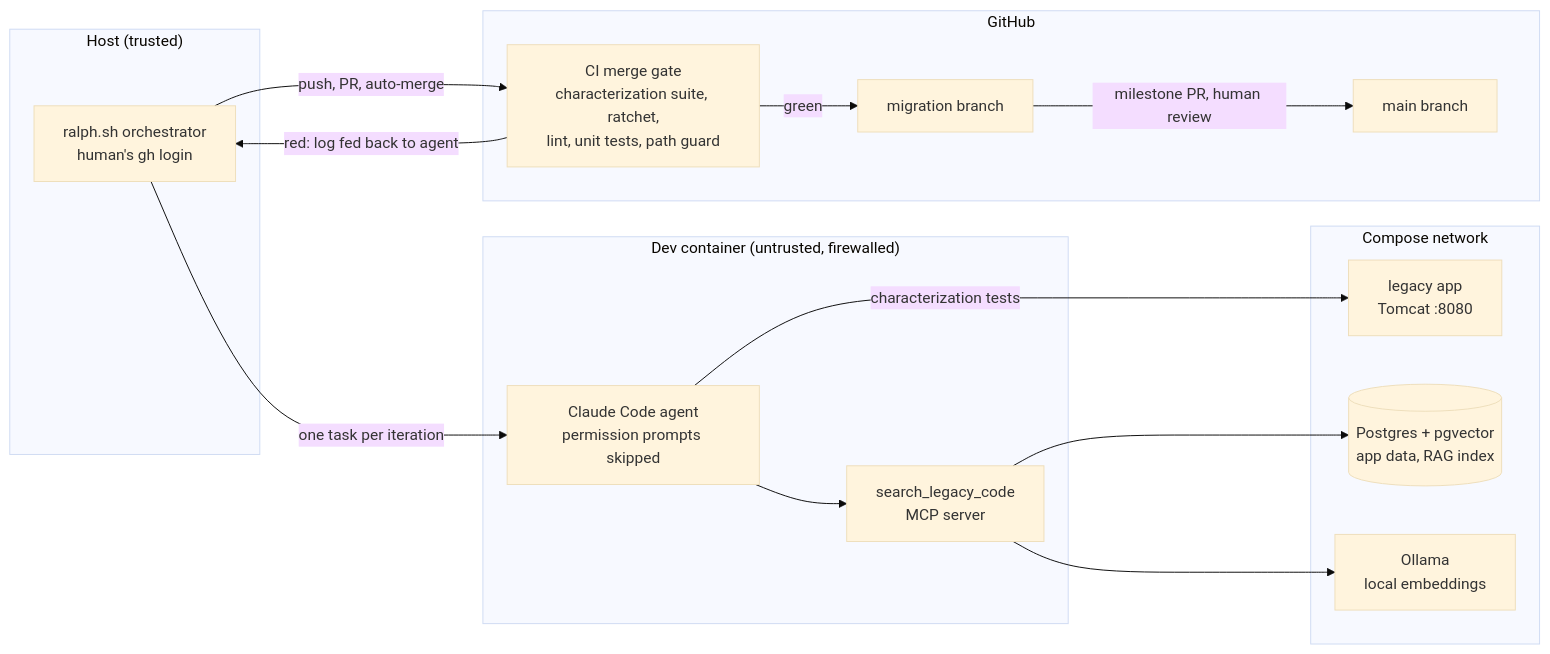
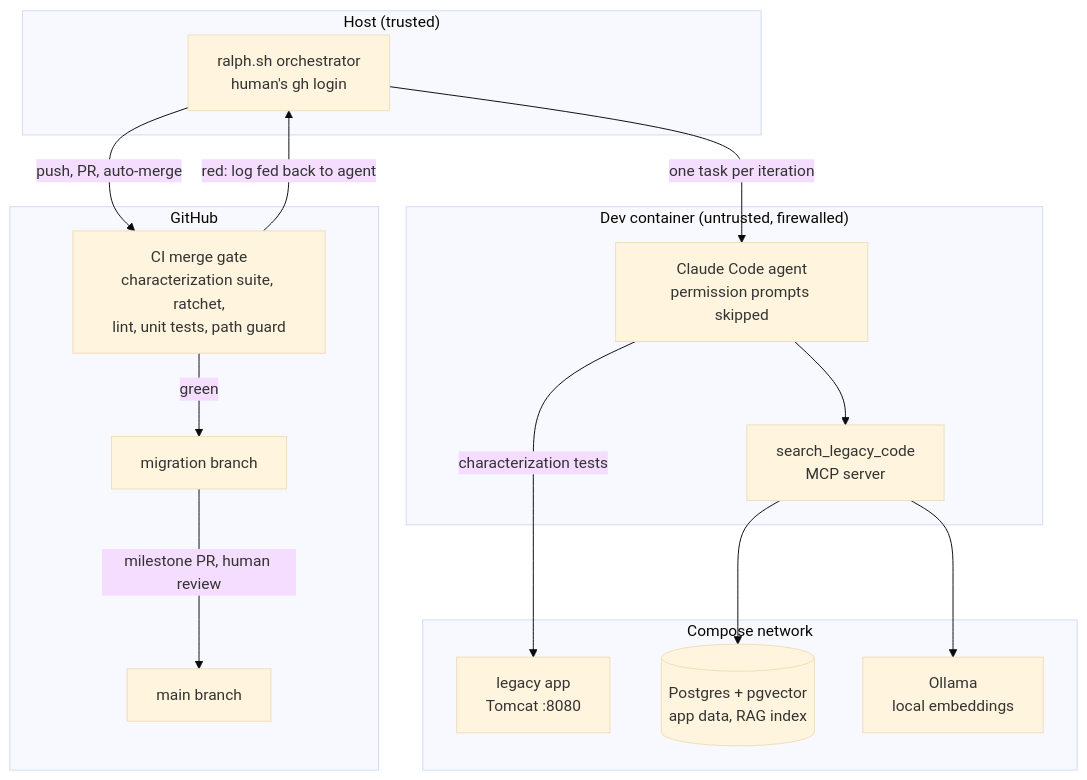
One commit to flamewave99/legacy-modernization-agent changed the diagram in README.md. Above: the diagram before and after it, drawn with Mermaid (base theme).

Commit message:
Lay out the architecture diagram top to bottom so it reads at page width

````diff
--- a/README.md
+++ b/README.md
@@ -26,30 +26,30 @@
 ```mermaid
-flowchart LR
+flowchart TB
   subgraph host["Host (trusted)"]
     orch["ralph.sh orchestrator<br/>human's gh login"]
   end
   subgraph sandbox["Dev container (untrusted, firewalled)"]
     agent["Claude Code agent<br/>permission prompts skipped"]
     mcp["search_legacy_code<br/>MCP server"]
   end
   subgraph services["Compose network"]
     legacy["legacy app<br/>Tomcat :8080"]
     pg[("Postgres + pgvector<br/>app data, RAG index")]
     ollama["Ollama<br/>local embeddings"]
   end
   subgraph gh["GitHub"]
     ci["CI merge gate<br/>characterization suite, ratchet,<br/>lint, unit tests, path guard"]
     migration["migration branch"]
     main["main branch"]
   end
 
   orch -- "one task per iteration" --> agent
   agent --> mcp
   mcp --> pg
   mcp --> ollama
   agent -- "characterization tests" --> legacy
   orch -- "push, PR, auto-merge" --> ci
   ci -- "green" --> migration
   ci -- "red: log fed back to agent" --> orch
   migration -- "milestone PR, human review" --> main
 ```
````
